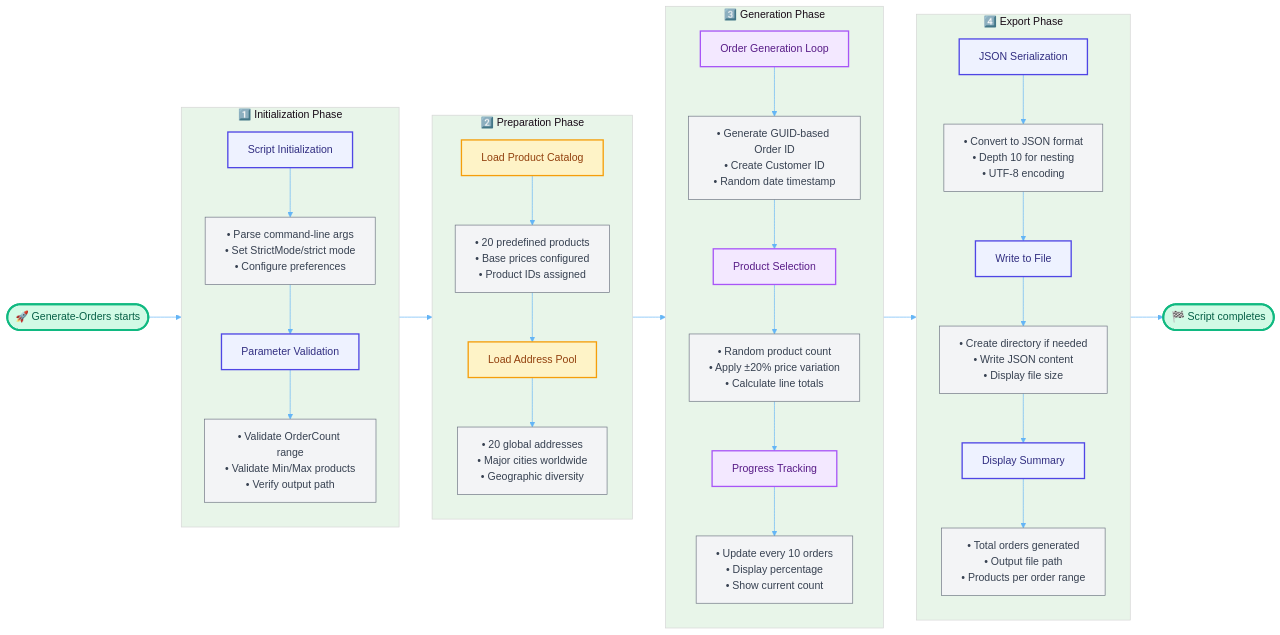
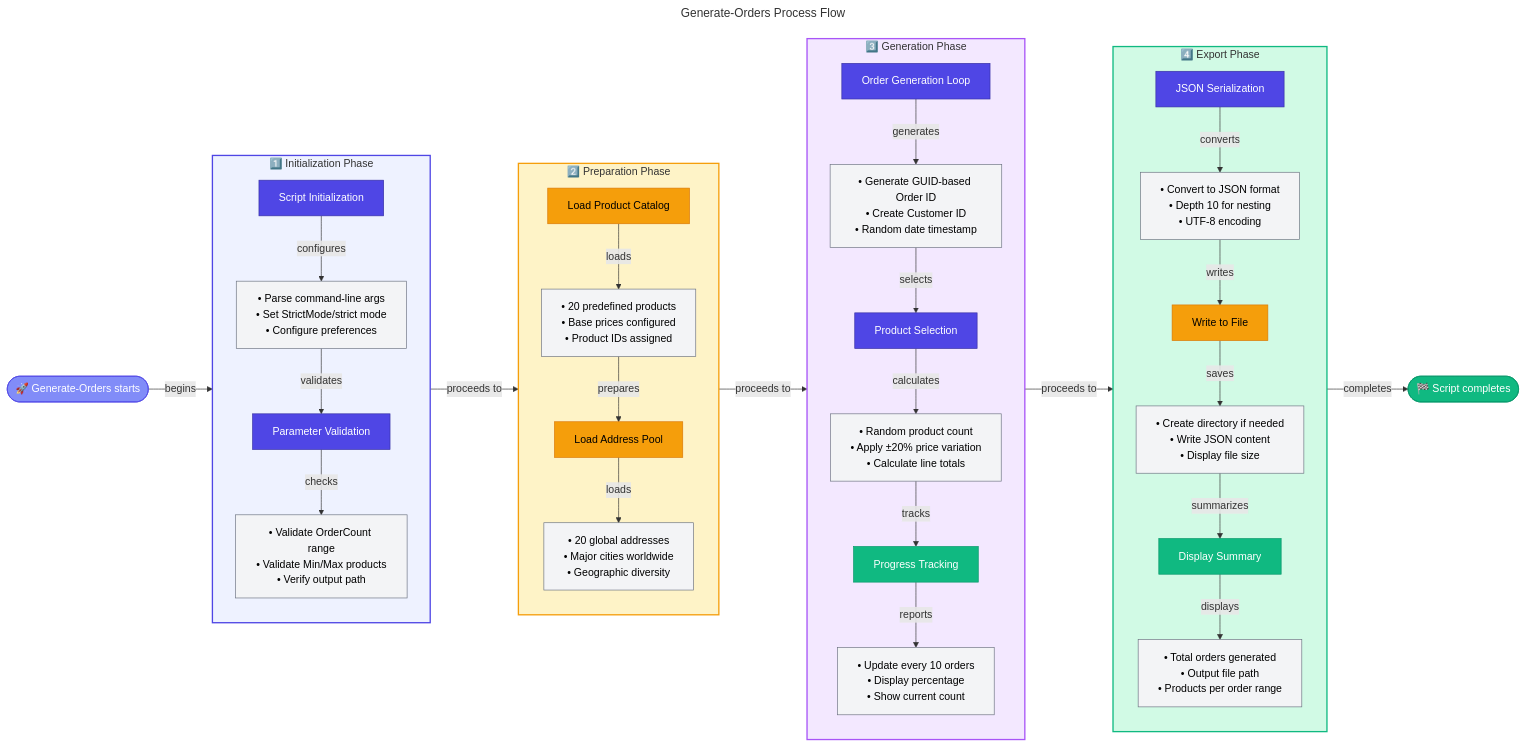
The diagram in docs/hooks/Generate-Orders.md (Evilazaro/Azure-LogicApps-Monitoring), drawn with Mermaid before and after one commit. The commit also changed 6 other files, not shown here.

First line of the commit message:
Refactor workflow diagrams in documentation for clarity and consistency

````diff
--- a/docs/hooks/Generate-Orders.md
+++ b/docs/hooks/Generate-Orders.md
@@ -490,92 +490,89 @@
 ```mermaid
-%%{init: {'theme': 'base', 'themeVariables': { 'primaryColor': '#e3f2fd', 'primaryTextColor': '#0d47a1', 'primaryBorderColor': '#1976d2', 'lineColor': '#64b5f6', 'secondaryColor': '#fff3e0', 'tertiaryColor': '#e8f5e9'}}}%%
+---
+title: Generate-Orders Process Flow
+---
 flowchart LR
-    %% ===================================================================
-    %% WORKFLOW: Generate-Orders Process Flow
-    %% Description: Generates sample e-commerce order data for testing
-    %% ===================================================================
+    %% ===== STYLE DEFINITIONS =====
+    classDef primary fill:#4F46E5,stroke:#3730A3,color:#FFFFFF
+    classDef secondary fill:#10B981,stroke:#059669,color:#FFFFFF
+    classDef datastore fill:#F59E0B,stroke:#D97706,color:#000000
+    classDef external fill:#6B7280,stroke:#4B5563,color:#FFFFFF,stroke-dasharray: 5 5
+    classDef failed fill:#F44336,stroke:#C62828,color:#FFFFFF
+    classDef trigger fill:#818CF8,stroke:#4F46E5,color:#FFFFFF
+    classDef decision fill:#FFFBEB,stroke:#F59E0B,color:#000000
+    classDef input fill:#F3F4F6,stroke:#6B7280,color:#000000
 
-    %% --- Entry and Exit Points ---
-    Start(["🚀 Generate-Orders starts"])
-    End(["🏁 Script completes"])
+    %% ===== ENTRY AND EXIT POINTS =====
+    Start(["🚀 Generate-Orders starts"]):::trigger
+    End(["🏁 Script completes"]):::secondary
 
-    Start --> Initialization
+    Start -->|"begins"| Initialization
 
-    %% --- Phase 1: Initialization & Validation ---
+    %% ===== PHASE 1: INITIALIZATION & VALIDATION =====
     subgraph Initialization["1️⃣ Initialization Phase"]
         direction TB
-        Init["Script Initialization"]
-        InitDetails["• Parse command-line args<br/>• Set StrictMode/strict mode<br/>• Configure preferences"]
-        Validate["Parameter Validation"]
-        ValidateDetails["• Validate OrderCount range<br/>• Validate Min/Max products<br/>• Verify output path"]
-        Init --> InitDetails
-        InitDetails --> Validate
-        Validate --> ValidateDetails
+        Init["Script Initialization"]:::primary
+        InitDetails["• Parse command-line args<br/>• Set StrictMode/strict mode<br/>• Configure preferences"]:::input
+        Validate["Parameter Validation"]:::primary
+        ValidateDetails["• Validate OrderCount range<br/>• Validate Min/Max products<br/>• Verify output path"]:::input
+        Init -->|"configures"| InitDetails
+        InitDetails -->|"validates"| Validate
+        Validate -->|"checks"| ValidateDetails
     end
 
-    %% --- Phase 2: Data Preparation ---
+    %% ===== PHASE 2: DATA PREPARATION =====
     subgraph Preparation["2️⃣ Preparation Phase"]
         direction TB
-        Catalog["Load Product Catalog"]
-        CatalogDetails["• 20 predefined products<br/>• Base prices configured<br/>• Product IDs assigned"]
-        Addresses["Load Address Pool"]
-        AddressDetails["• 20 global addresses<br/>• Major cities worldwide<br/>• Geographic diversity"]
-        Catalog --> CatalogDetails
-        CatalogDetails --> Addresses
-        Addresses --> AddressDetails
+        Catalog["Load Product Catalog"]:::datastore
+        CatalogDetails["• 20 predefined products<br/>• Base prices configured<br/>• Product IDs assigned"]:::input
+        Addresses["Load Address Pool"]:::datastore
+        AddressDetails["• 20 global addresses<br/>• Major cities worldwide<br/>• Geographic diversity"]:::input
+        Catalog -->|"loads"| CatalogDetails
+        CatalogDetails -->|"prepares"| Addresses
+        Addresses -->|"loads"| AddressDetails
     end
 
-    %% --- Phase 3: Order Generation ---
+    %% ===== PHASE 3: ORDER GENERATION =====
     subgraph Generation["3️⃣ Generation Phase"]
         direction TB
-        Loop["Order Generation Loop"]
-        LoopDetails["• Generate GUID-based Order ID<br/>• Create Customer ID<br/>• Random date timestamp"]
-        Products["Product Selection"]
-        ProductDetails["• Random product count<br/>• Apply ±20% price variation<br/>• Calculate line totals"]
-        Progress["Progress Tracking"]
-        ProgressDetails["• Update every 10 orders<br/>• Display percentage<br/>• Show current count"]
-        Loop --> LoopDetails
-        LoopDetails --> Products
-        Products --> ProductDetails
-        ProductDetails --> Progress
-        Progress --> ProgressDetails
+        Loop["Order Generation Loop"]:::primary
+        LoopDetails["• Generate GUID-based Order ID<br/>• Create Customer ID<br/>• Random date timestamp"]:::input
+        Products["Product Selection"]:::primary
+        ProductDetails["• Random product count<br/>• Apply ±20% price variation<br/>• Calculate line totals"]:::input
+        Progress["Progress Tracking"]:::secondary
+        ProgressDetails["• Update every 10 orders<br/>• Display percentage<br/>• Show current count"]:::input
+        Loop -->|"generates"| LoopDetails
+        LoopDetails -->|"selects"| Products
+        Products -->|"calculates"| ProductDetails
+        ProductDetails -->|"tracks"| Progress
+        Progress -->|"reports"| ProgressDetails
     end
 
-    %% --- Phase 4: Export ---
+    %% ===== PHASE 4: EXPORT =====
     subgraph Export["4️⃣ Export Phase"]
         direction TB
-        Serialize["JSON Serialization"]
-        SerializeDetails["• Convert to JSON format<br/>• Depth 10 for nesting<br/>• UTF-8 encoding"]
-        Write["Write to File"]
-        WriteDetails["• Create directory if needed<br/>• Write JSON content<br/>• Display file size"]
-        Summary["Display Summary"]
-        SummaryDetails["• Total orders generated<br/>• Output file path<br/>• Products per order range"]
-        Serialize --> SerializeDetails
-        SerializeDetails --> Write
-        Write --> WriteDetails
-        WriteDetails --> Summary
-        Summary --> SummaryDetails
+        Serialize["JSON Serialization"]:::primary
+        SerializeDetails["• Convert to JSON format<br/>• Depth 10 for nesting<br/>• UTF-8 encoding"]:::input
+        Write["Write to File"]:::datastore
+        WriteDetails["• Create directory if needed<br/>• Write JSON content<br/>• Display file size"]:::input
+        Summary["Display Summary"]:::secondary
+        SummaryDetails["• Total orders generated<br/>• Output file path<br/>• Products per order range"]:::input
+        Serialize -->|"converts"| SerializeDetails
+        SerializeDetails -->|"writes"| Write
+        Write -->|"saves"| WriteDetails
+        WriteDetails -->|"summarizes"| Summary
+        Summary -->|"displays"| SummaryDetails
     end
 
-    %% --- Flow Connections ---
-    Initialization --> Preparation
-    Preparation --> Generation
-    Generation --> Export
-    SummaryDetails --> End
+    %% ===== FLOW CONNECTIONS =====
+    Initialization -->|"proceeds to"| Preparation
+    Preparation -->|"proceeds to"| Generation
+    Generation -->|"proceeds to"| Export
+    SummaryDetails -->|"completes"| End
 
-    %% --- Style Definitions ---
-    %% Color palette follows Material Design guidelines
-    %% Green: Success states | Blue: Process steps | Orange: Data ops | Purple: Generation
-    classDef startEndStyle fill:#D1FAE5,stroke:#10B981,stroke-width:3px,color:#065F46
-    classDef processStyle fill:#EEF2FF,stroke:#4F46E5,stroke-width:2px,color:#312E81
-    classDef detailStyle fill:#F3F4F6,stroke:#6B7280,stroke-width:1px,color:#374151
-    classDef dataStyle fill:#FEF3C7,stroke:#F59E0B,stroke-width:2px,color:#92400E
-    classDef generateStyle fill:#F3E8FF,stroke:#A855F7,stroke-width:2px,color:#581C87
-
-    %% --- Apply Styles ---
-    class Start,End startEndStyle
-    class Init,Validate,Serialize,Write,Summary processStyle
-    class InitDetails,ValidateDetails,CatalogDetails,AddressDetails,LoopDetails,ProductDetails,ProgressDetails,SerializeDetails,WriteDetails,SummaryDetails detailStyle
-    class Catalog,Addresses dataStyle
-    class Loop,Products,Progress generateStyle
+    %% ===== SUBGRAPH STYLES =====
+    style Initialization fill:#EEF2FF,stroke:#4F46E5,stroke-width:2px
+    style Preparation fill:#FEF3C7,stroke:#F59E0B,stroke-width:2px
+    style Generation fill:#F3E8FF,stroke:#A855F7,stroke-width:2px
+    style Export fill:#D1FAE5,stroke:#10B981,stroke-width:2px
 ```
````
